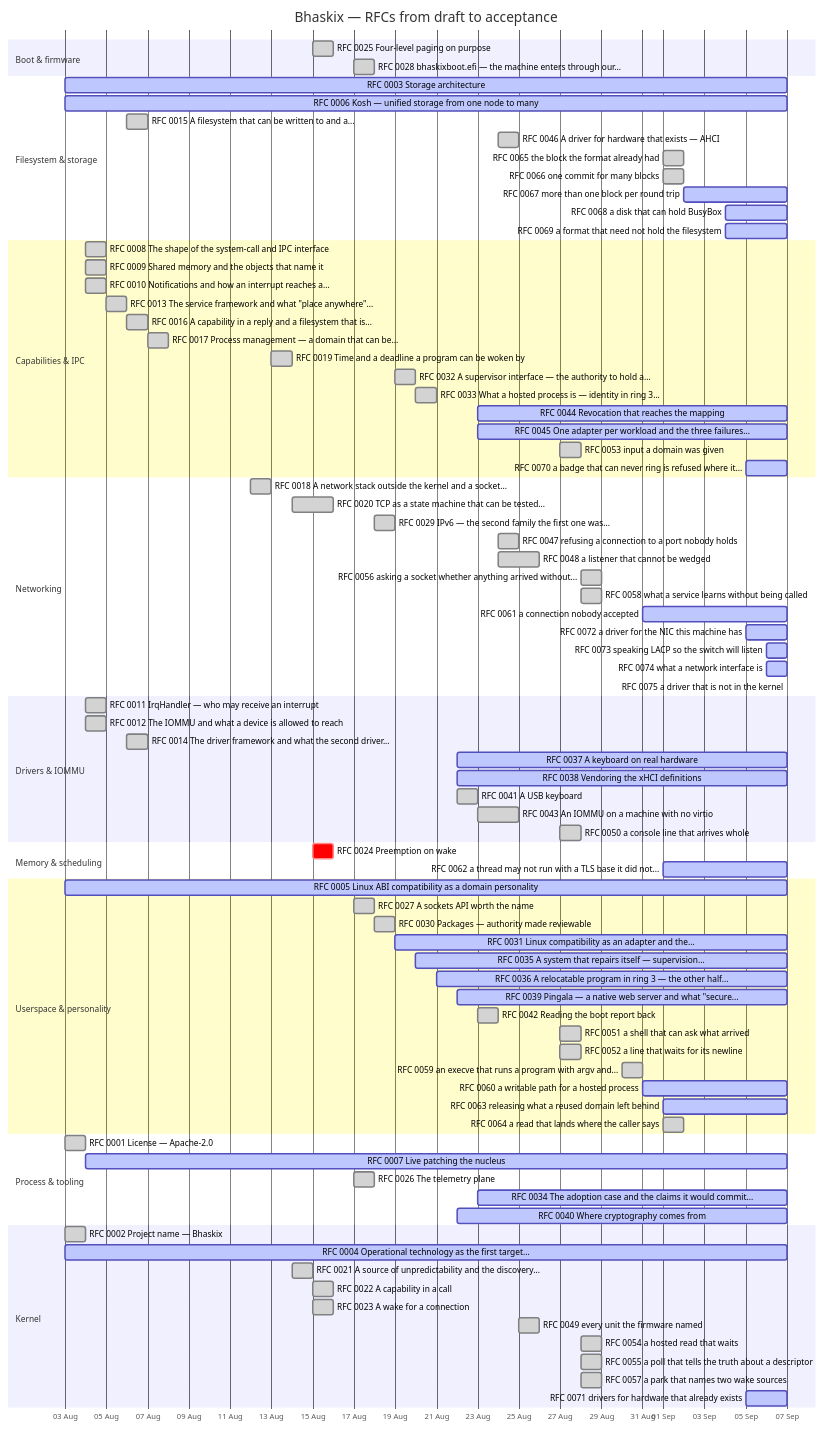
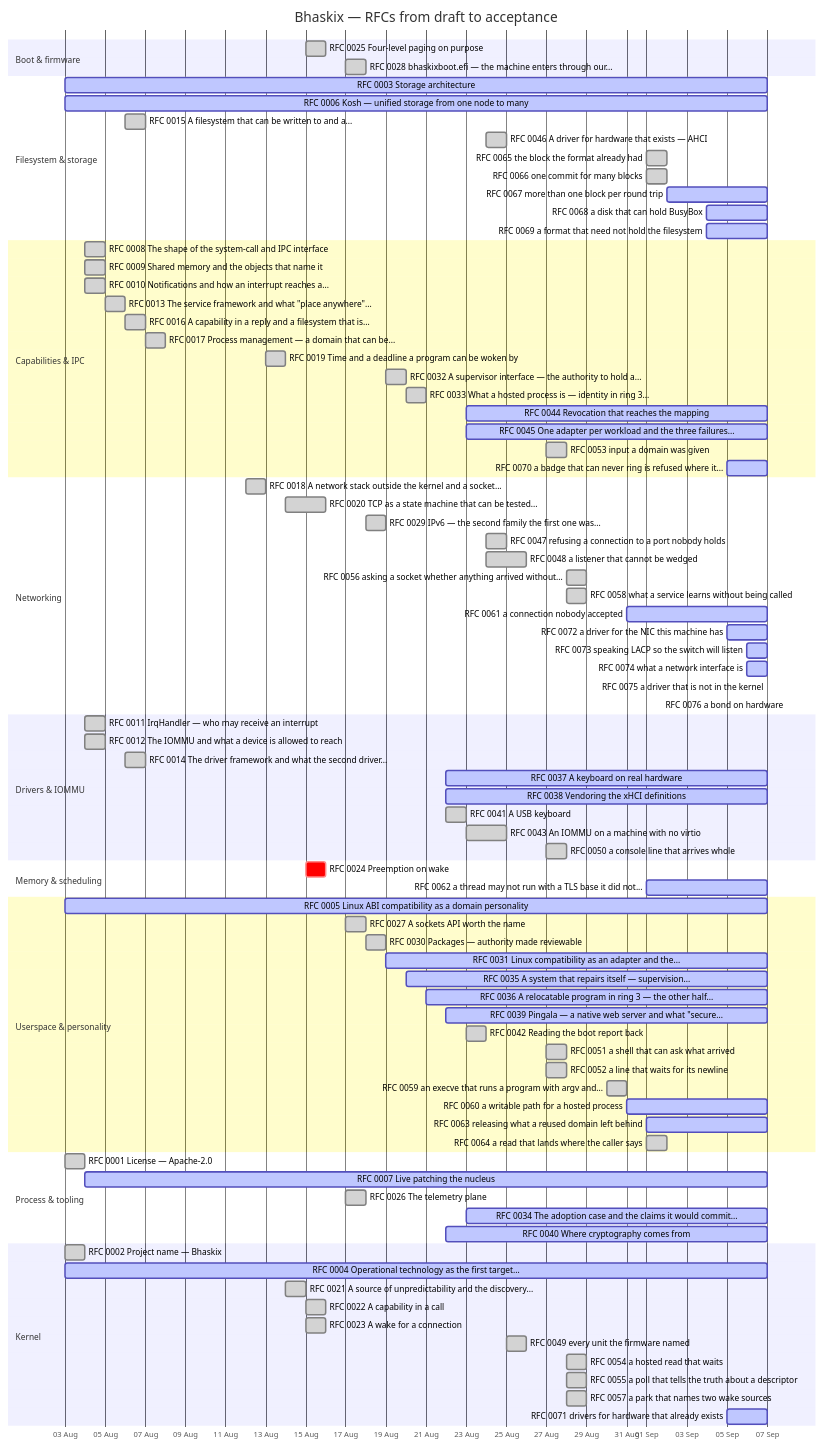
The diagram in docs/progress.md (bhaskix/bhaskix), drawn with Mermaid before and after one commit. The commit also changed other lines of this file and 9 other files, not shown here.

```diff
--- a/docs/progress.md
+++ b/docs/progress.md
@@ -67,6 +67,7 @@
     RFC 0073 speaking LACP so the switch will listen :active, r0073, 2026-09-06, 2026-09-07
     RFC 0074 what a network interface is :active, r0074, 2026-09-06, 2026-09-07
     RFC 0075 a driver that is not in the kernel :active, r0075, 2026-09-07, 2026-09-07
+    RFC 0076 a bond on hardware :active, r0076, 2026-09-08, 2026-09-08
     section Drivers & IOMMU
     RFC 0011 IrqHandler — who may receive an interrupt :done, r0011, 2026-08-04, 1d
     RFC 0012 The IOMMU and what a device is allowed to reach :done, r0012, 2026-08-04, 1d
```
